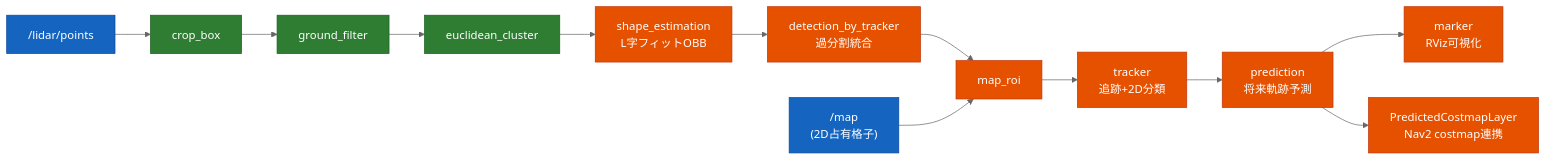
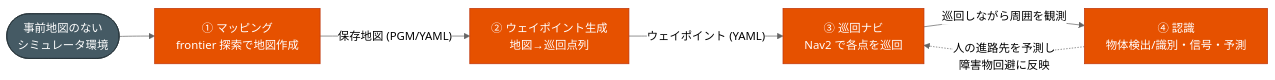
One commit to sato-susumu/susumu_object_perception changed the diagram in README.md. Above: the diagram before and after it, drawn with Mermaid (neutral theme). The commit also changed other lines of this file and 3 other files, not shown here.

````diff
--- a/README.md
+++ b/README.md
@@ -59,28 +33,18 @@
 ```mermaid
 flowchart LR
-  PC["/lidar/points"]:::hd
-  MAP["/map<br/>(2D占有格子)"]:::hd
+  ENV(["事前地図のない<br/>シミュレータ環境"]):::ext
 
-  crop["crop_box"]:::aw
-  ground["ground_filter"]:::aw
-  cluster["euclidean_cluster"]:::aw
+  MAP["① マッピング<br/>frontier 探索で地図作成"]:::task
+  WP["② ウェイポイント生成<br/>地図→巡回点列"]:::task
+  NAV["③ 巡回ナビ<br/>Nav2 で各点を巡回"]:::task
+  REC["④ 認識<br/>物体検出/識別・信号・予測"]:::task
 
-  shape["shape_estimation<br/>L字フィットOBB"]:::own
-  merge["detection_by_tracker<br/>過分割統合"]:::own
-  roi["map_roi"]:::own
-  tracker["tracker<br/>追跡+2D分類"]:::own
-  pred["prediction<br/>将来軌跡予測"]:::own
+  ENV --> MAP
+  MAP -->|"保存地図 (PGM/YAML)"| WP
+  WP -->|"ウェイポイント (YAML)"| NAV
+  NAV -->|"巡回しながら周囲を観測"| REC
+  REC -.->|"人の進路先を予測し<br/>障害物回避に反映"| NAV
 
-  marker["marker<br/>RViz可視化"]:::own
-  costmap["PredictedCostmapLayer<br/>Nav2 costmap連携"]:::own
-
-  PC --> crop --> ground --> cluster --> shape --> merge --> roi
-  MAP --> roi
-  roi --> tracker --> pred
-  pred --> marker
-  pred --> costmap
-
-  classDef aw fill:#2e7d32,stroke:#1b5e20,color:#fff;
-  classDef own fill:#e65100,stroke:#bf360c,color:#fff;
-  classDef hd fill:#1565c0,stroke:#0d47a1,color:#fff;
+  classDef task fill:#e65100,stroke:#bf360c,color:#fff;
+  classDef ext fill:#455a64,stroke:#263238,color:#fff;
 ```
````
